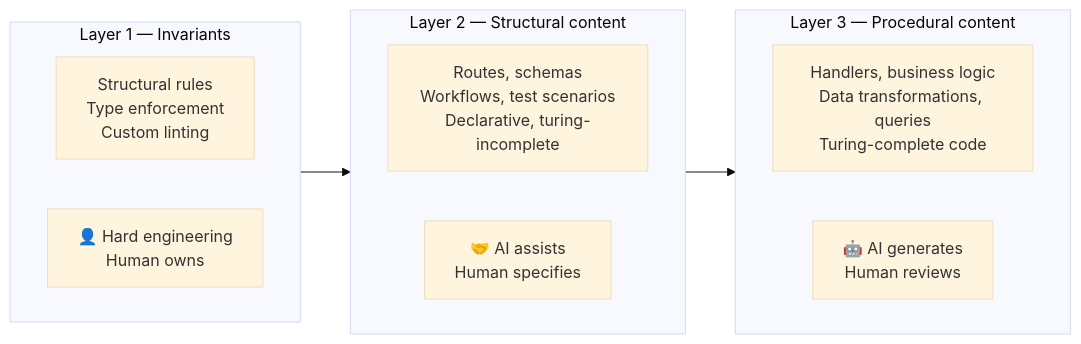
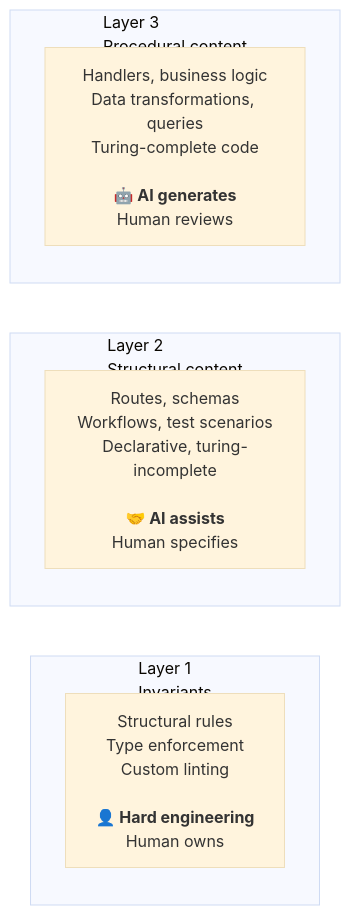
One commit to wimpheling/blog.without.hosting changed the diagram in content/posts/backspine-three-layer-architecture.md. Above: the diagram before and after it, drawn with Mermaid (base theme).

Commit message:
edit: three columns, no arrows — side-by-side layers in mermaid diagram

````diff
--- a/content/posts/backspine-three-layer-architecture.md
+++ b/content/posts/backspine-three-layer-architecture.md
@@ -14,22 +14,14 @@
 ```mermaid
 flowchart LR
-  subgraph L1["Layer 1 — Invariants"]
-    direction LR
-    A["Structural rules<br/>Type enforcement<br/>Custom linting"]
-    A1["👤 Hard engineering<br/>Human owns"]
+  subgraph L1["Layer 1<br/>Invariants"]
+    A1["Structural rules<br/>Type enforcement<br/>Custom linting<br/><br/><b>👤 Hard engineering</b><br/>Human owns"]
   end
 
-  subgraph L2["Layer 2 — Structural content"]
-    direction LR
-    B["Routes, schemas<br/>Workflows, test scenarios<br/>Declarative, turing-incomplete"]
-    B1["🤝 AI assists<br/>Human specifies"]
+  subgraph L2["Layer 2<br/>Structural content"]
+    B1["Routes, schemas<br/>Workflows, test scenarios<br/>Declarative, turing-incomplete<br/><br/><b>🤝 AI assists</b><br/>Human specifies"]
   end
 
-  subgraph L3["Layer 3 — Procedural content"]
-    direction LR
-    C["Handlers, business logic<br/>Data transformations, queries<br/>Turing-complete code"]
-    C1["🤖 AI generates<br/>Human reviews"]
+  subgraph L3["Layer 3<br/>Procedural content"]
+    C1["Handlers, business logic<br/>Data transformations, queries<br/>Turing-complete code<br/><br/><b>🤖 AI generates</b><br/>Human reviews"]
   end
-
-  L1 --> L2 --> L3
 ```
````
